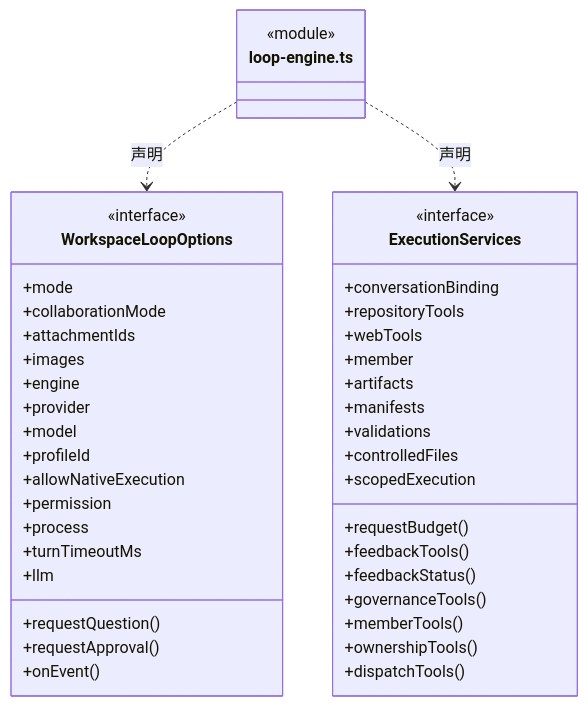
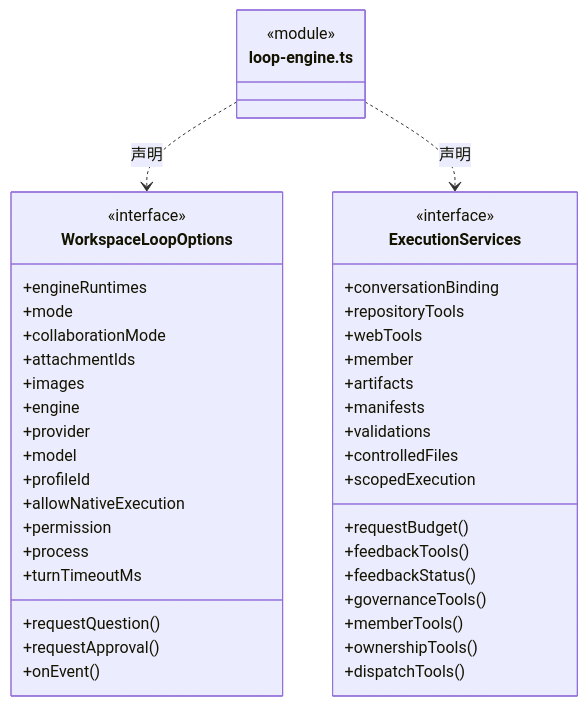
One commit to nan023062/cbim changed the second of 3 diagrams in src/backend/scheduler-engine/assembly/ARCHITECTURE.md. Above: the diagram before and after it, drawn with Mermaid. The commit also changed other lines of this file and 104 other files, not shown here.

````diff
--- a/src/backend/scheduler-engine/assembly/ARCHITECTURE.md
+++ b/src/backend/scheduler-engine/assembly/ARCHITECTURE.md
@@ -29,46 +29,46 @@
 ```mermaid
 classDiagram
 class N_src_backend_scheduler_engine_assembly_loop_engine_ts["loop-engine.ts"] {
   <<module>>
 }
 class N_src_backend_scheduler_engine_assembly_loop_engine_ts_WorkspaceLoopOptions["WorkspaceLoopOptions"] {
   <<interface>>
+  +engineRuntimes
   +mode
   +collaborationMode
   +attachmentIds
   +images
   +engine
   +provider
   +model
   +profileId
   +allowNativeExecution
   +permission
   +requestQuestion()
   +requestApproval()
   +process
   +turnTimeoutMs
   +onEvent()
-  +llm
 }
 N_src_backend_scheduler_engine_assembly_loop_engine_ts ..> N_src_backend_scheduler_engine_assembly_loop_engine_ts_WorkspaceLoopOptions : 声明
 class N_src_backend_scheduler_engine_assembly_loop_engine_ts_ExecutionServices["ExecutionServices"] {
   <<interface>>
   +requestBudget()
   +conversationBinding
   +repositoryTools
   +webTools
   +feedbackTools()
   +feedbackStatus()
   +governanceTools()
   +memberTools()
   +ownershipTools()
   +dispatchTools()
   +member
   +artifacts
   +manifests
   +validations
   +controlledFiles
   +scopedExecution
 }
 N_src_backend_scheduler_engine_assembly_loop_engine_ts ..> N_src_backend_scheduler_engine_assembly_loop_engine_ts_ExecutionServices : 声明
 ```
````
